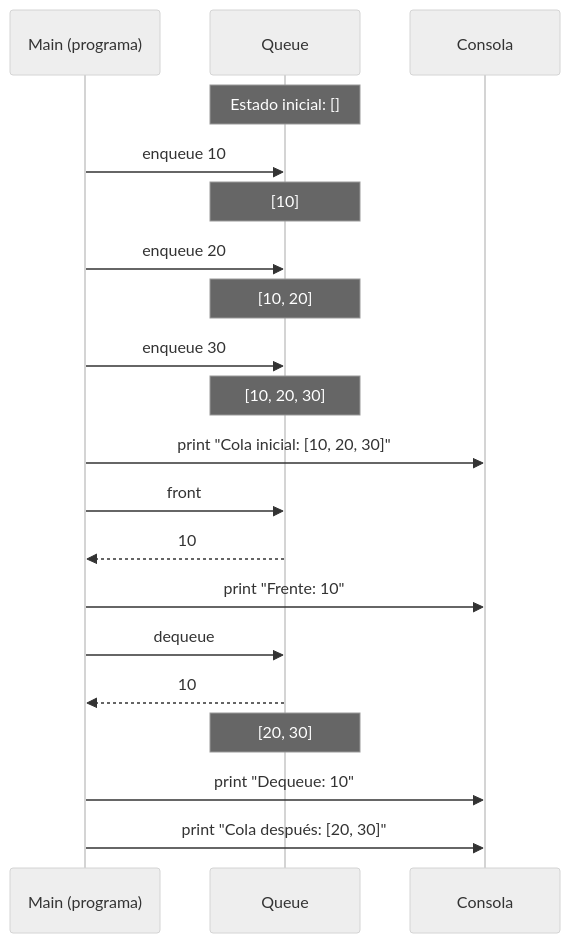
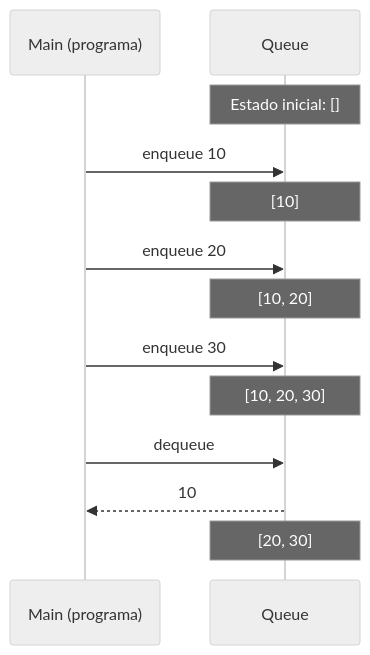
One commit to danizzvargas-classes/practice-example changed the diagram in README.md. Above: the diagram before and after it, drawn with Mermaid (neutral theme). The commit also changed other lines of this file and 4 other files, not shown here.

````diff
--- a/README.md
+++ b/README.md
@@ -42,28 +71,18 @@
 ```mermaid
 sequenceDiagram
     participant M as Main (programa)
     participant Q as Queue
-    participant C as Consola
 
     Note over Q: Estado inicial: []
 
     M->>Q: enqueue 10
     Note over Q: [10]
     M->>Q: enqueue 20
     Note over Q: [10, 20]
     M->>Q: enqueue 30
     Note over Q: [10, 20, 30]
 
-    M->>C: print "Cola inicial: [10, 20, 30]"
-
-    M->>Q: front
-    Q-->>M: 10
-    M->>C: print "Frente: 10"
-
     M->>Q: dequeue
     Q-->>M: 10
     Note over Q: [20, 30]
-    M->>C: print "Dequeue: 10"
-
-    M->>C: print "Cola después: [20, 30]"
 ```
````
